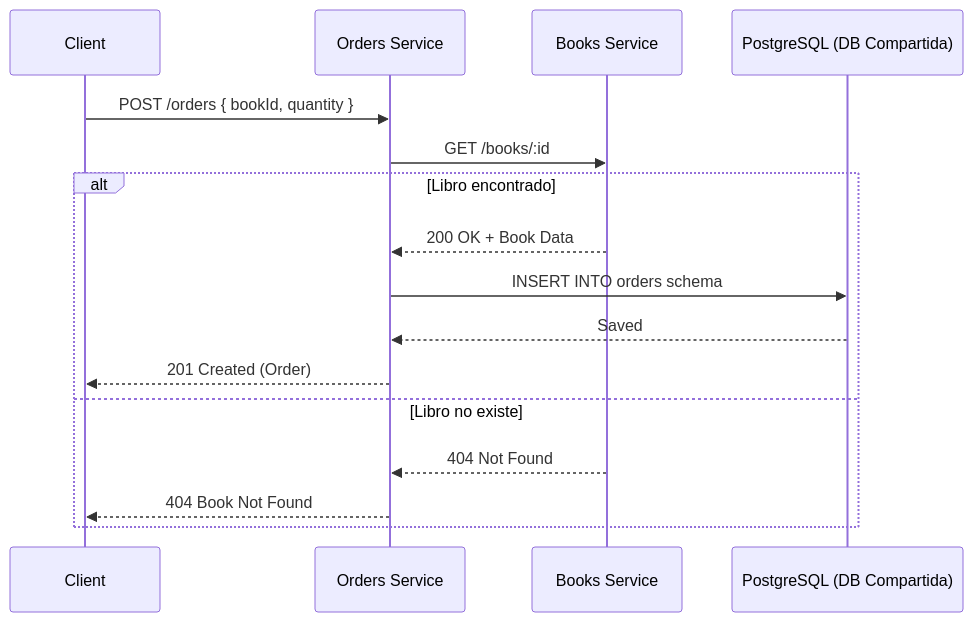
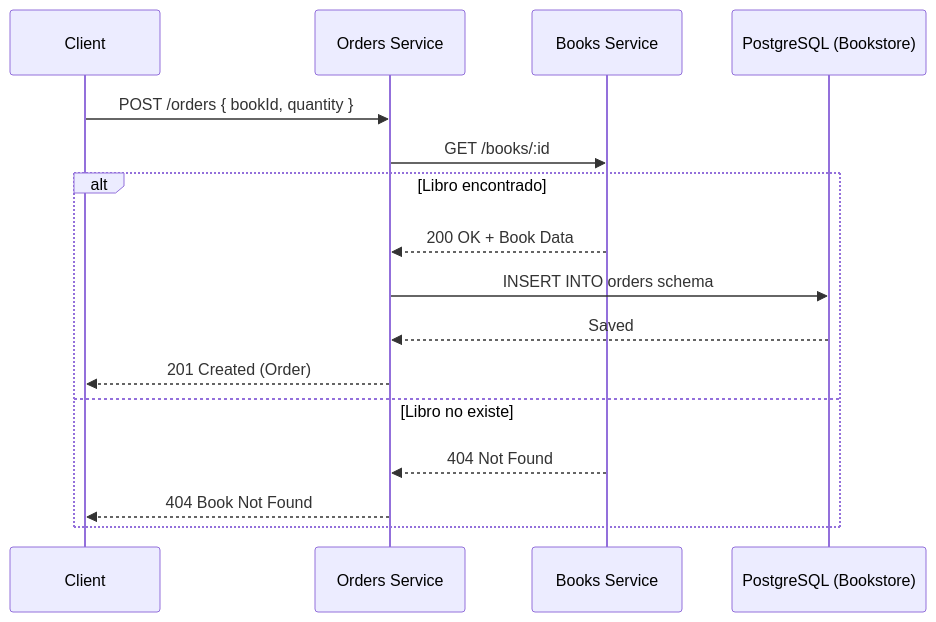
Before and after one commit to SebastianBC09/Bookstore-microservice-system: the second of 2 diagrams in README.MD, drawn with Mermaid. The commit also changed other lines of this file, not shown here.

````diff
--- a/README.MD
+++ b/README.MD
@@ -87,19 +90,19 @@
 ```mermaid
 sequenceDiagram
   participant Client
   participant OrdersAPI as Orders Service
   participant BooksAPI as Books Service
-  participant DB as PostgreSQL (DB Compartida)
+  participant DB as PostgreSQL (Bookstore)
 
   Client->>OrdersAPI: POST /orders { bookId, quantity }
   OrdersAPI->>BooksAPI: GET /books/:id
   alt Libro encontrado
       BooksAPI-->>OrdersAPI: 200 OK + Book Data
       OrdersAPI->>DB: INSERT INTO orders schema
       DB-->>OrdersAPI: Saved
       OrdersAPI-->>Client: 201 Created (Order)
   else Libro no existe
       BooksAPI-->>OrdersAPI: 404 Not Found
       OrdersAPI-->>Client: 404 Book Not Found
   end
 ```
````
